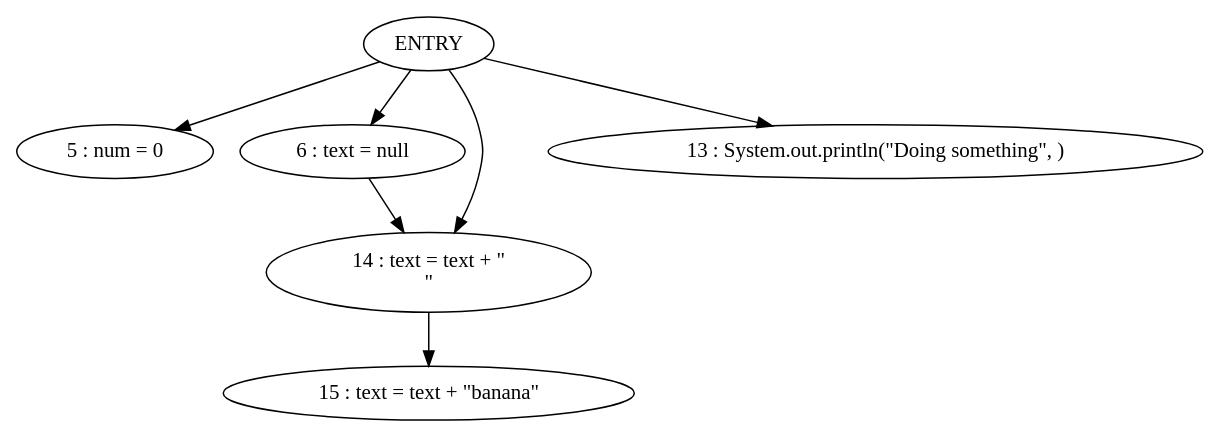
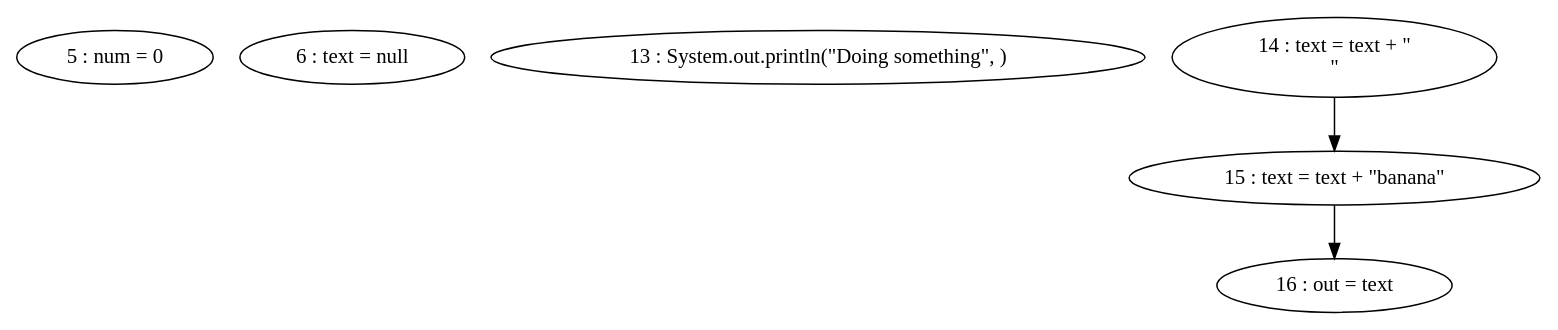
Before and after one commit to thomassimko/thesis-code-duplication: the diagram in pdg/source/testObject-doSomething.gv, drawn with Graphviz. The commit also changed 113 other files, not shown here.

```diff
--- a/pdg/source/testObject-doSomething.gv
+++ b/pdg/source/testObject-doSomething.gv
@@ -1,13 +1,10 @@
 digraph G {
 "5 : num = 0"
 "6 : text = null"
-"6 : text = null" -> "14 : text = text + \"\n\""
 "13 : System.out.println(\"Doing something\", )"
 "14 : text = text + \"\n\""
 "14 : text = text + \"\n\"" -> "15 : text = text + \"banana\""
 "15 : text = text + \"banana\""
-ENTRY -> "13 : System.out.println(\"Doing something\", )"
-ENTRY -> "6 : text = null"
-ENTRY -> "5 : num = 0"
-ENTRY -> "14 : text = text + \"\n\""
+"15 : text = text + \"banana\"" -> "16 : out = text"
+"16 : out = text"
 }
```
